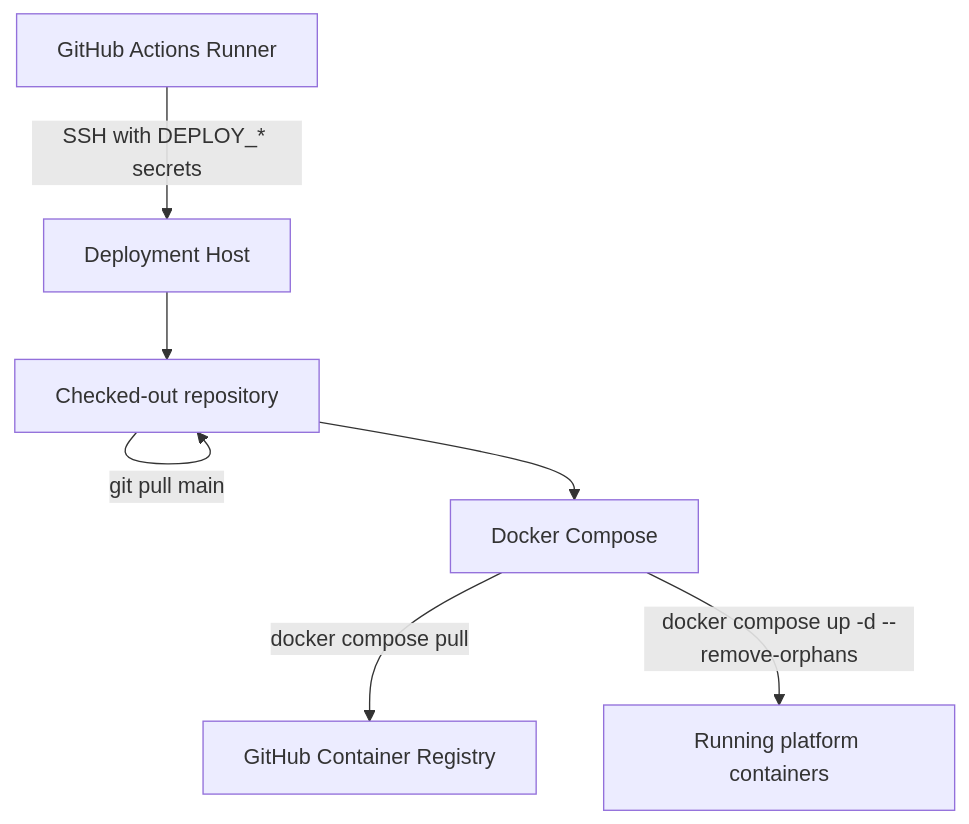
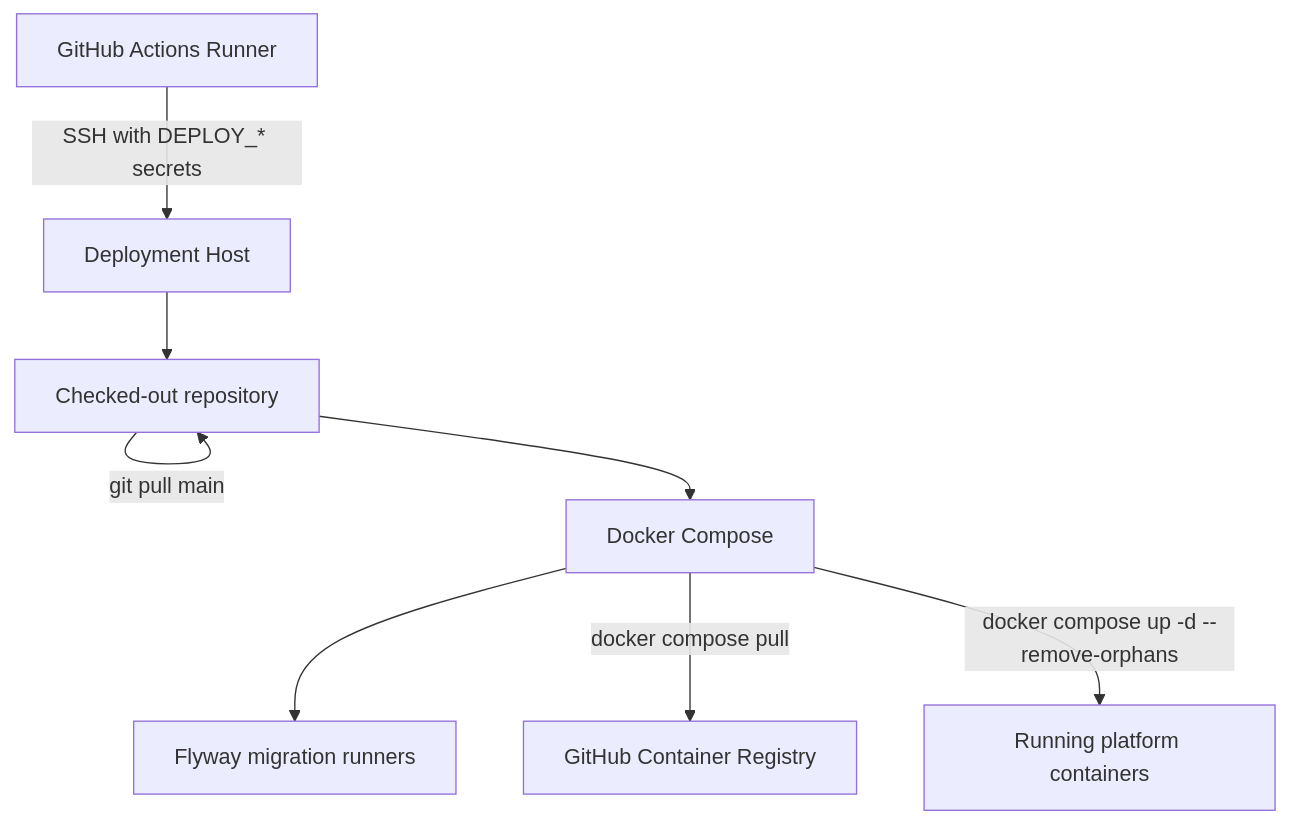
Before and after one commit to jobsonrisoa/market-basket-platform: the sixth of 6 diagrams in docs/diagrams.md, drawn with Mermaid. The commit also changed other lines of this file and 10 other files, not shown here.

````diff
--- a/docs/diagrams.md
+++ b/docs/diagrams.md
@@ -179,16 +187,18 @@
 ```mermaid
 flowchart TB
   github[GitHub Actions Runner]
   host[Deployment Host]
   repo[Checked-out repository]
   compose[Docker Compose]
+  migrations[Flyway migration runners]
   registry[GitHub Container Registry]
   stack[Running platform containers]
 
   github -->|SSH with DEPLOY_* secrets| host
   host --> repo
   repo -->|git pull main| repo
   repo --> compose
+  compose --> migrations
   compose -->|docker compose pull| registry
   compose -->|docker compose up -d --remove-orphans| stack
 ```
````
